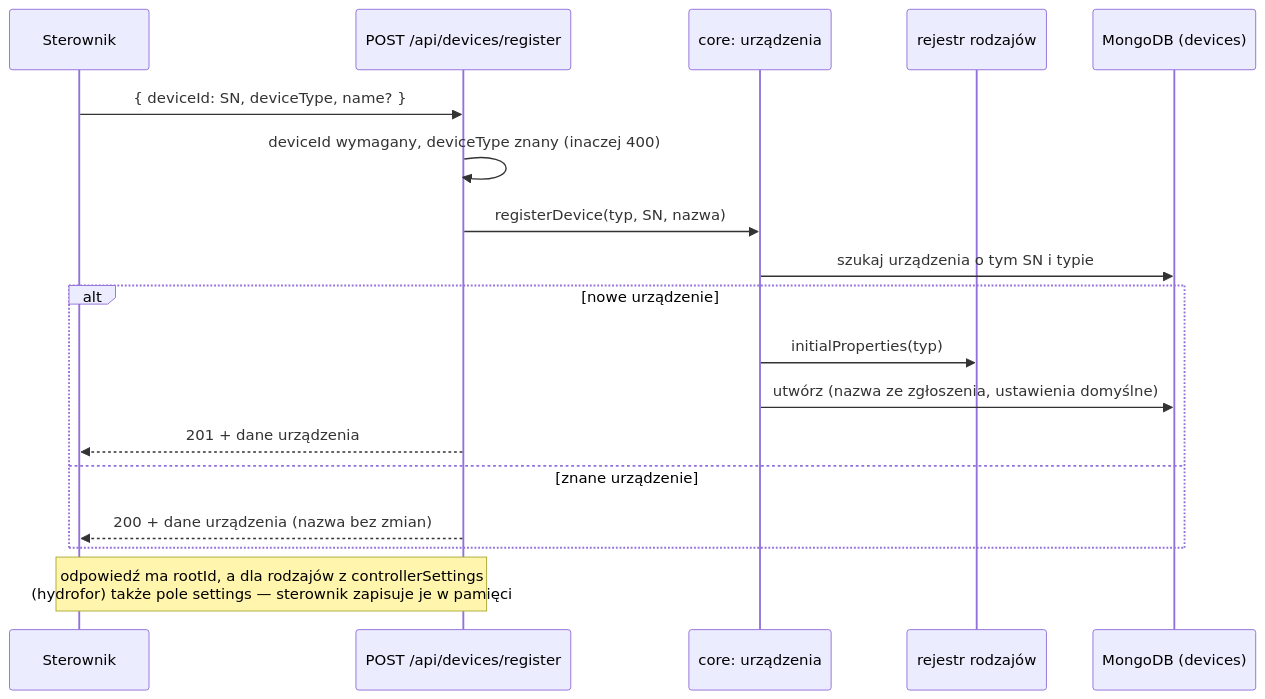
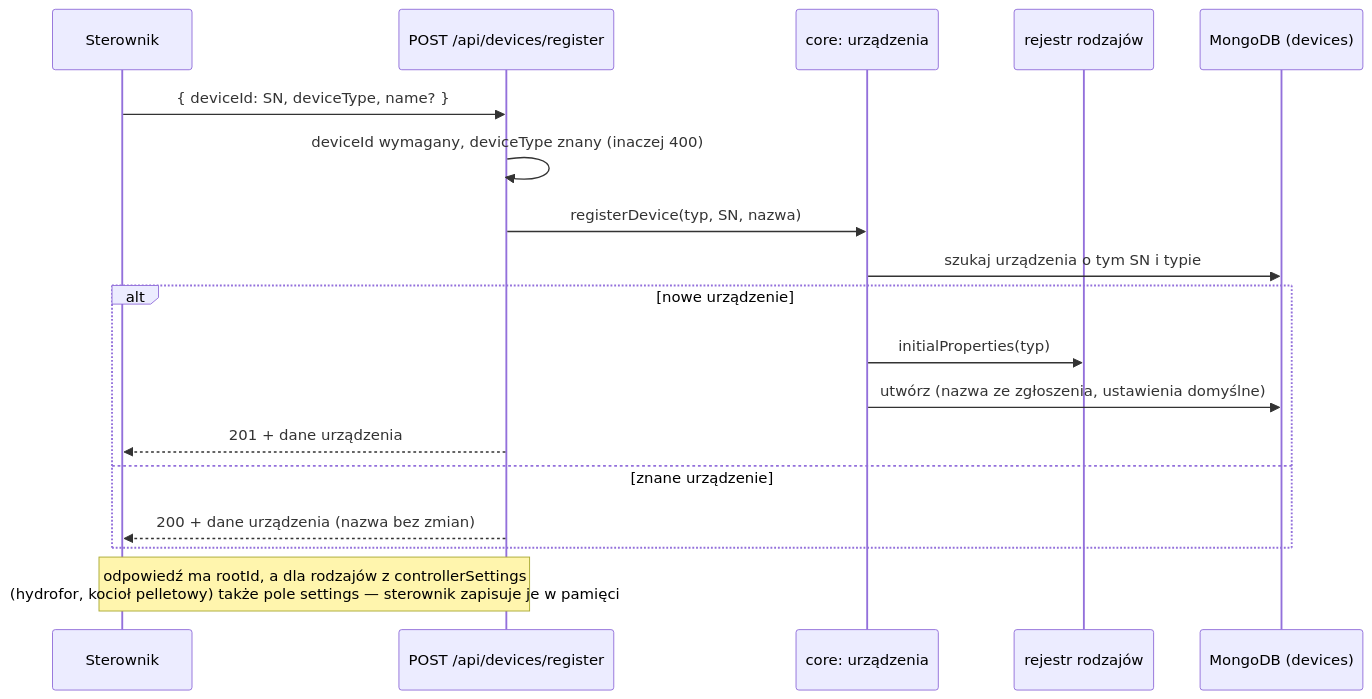
The second of 6 diagrams in docs/moduly/core/2-zasada-dzialania.md (robertorlowski/chpc-web), drawn with Mermaid before and after one commit. The commit also changed other lines of this file and 78 other files, not shown here.

````diff
--- a/docs/moduly/core/2-zasada-dzialania.md
+++ b/docs/moduly/core/2-zasada-dzialania.md
@@ -51,20 +56,20 @@
 ```mermaid
 sequenceDiagram
     participant S as Sterownik
     participant R as POST /api/devices/register
     participant D as core: urządzenia
     participant T as rejestr rodzajów
     participant M as MongoDB (devices)
     S->>R: { deviceId: SN, deviceType, name? }
     R->>R: deviceId wymagany, deviceType znany (inaczej 400)
     R->>D: registerDevice(typ, SN, nazwa)
     D->>M: szukaj urządzenia o tym SN i typie
     alt nowe urządzenie
         D->>T: initialProperties(typ)
         D->>M: utwórz (nazwa ze zgłoszenia, ustawienia domyślne)
         R-->>S: 201 + dane urządzenia
     else znane urządzenie
         R-->>S: 200 + dane urządzenia (nazwa bez zmian)
     end
-    Note over R,S: odpowiedź ma rootId, a dla rodzajów z controllerSettings<br/>(hydrofor) także pole settings — sterownik zapisuje je w pamięci
+    Note over R,S: odpowiedź ma rootId, a dla rodzajów z controllerSettings<br/>(hydrofor, kocioł pelletowy) także pole settings — sterownik zapisuje je w pamięci
 ```
````
